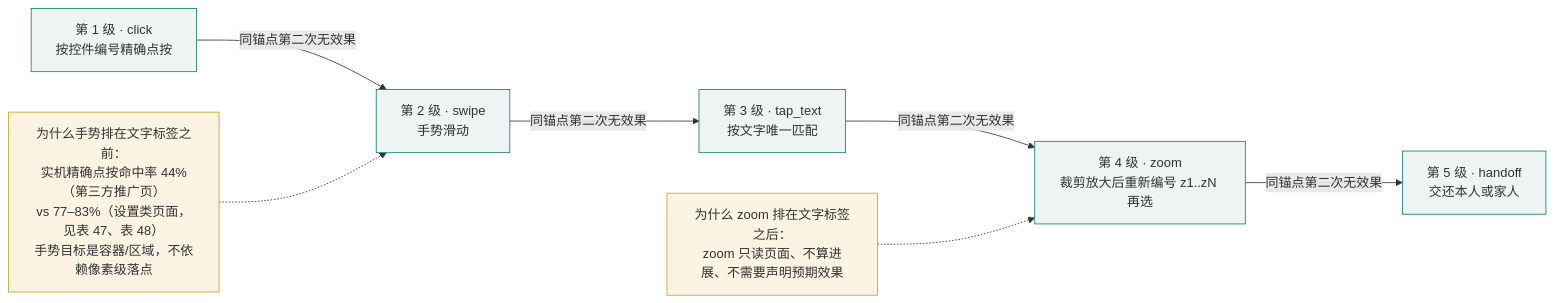
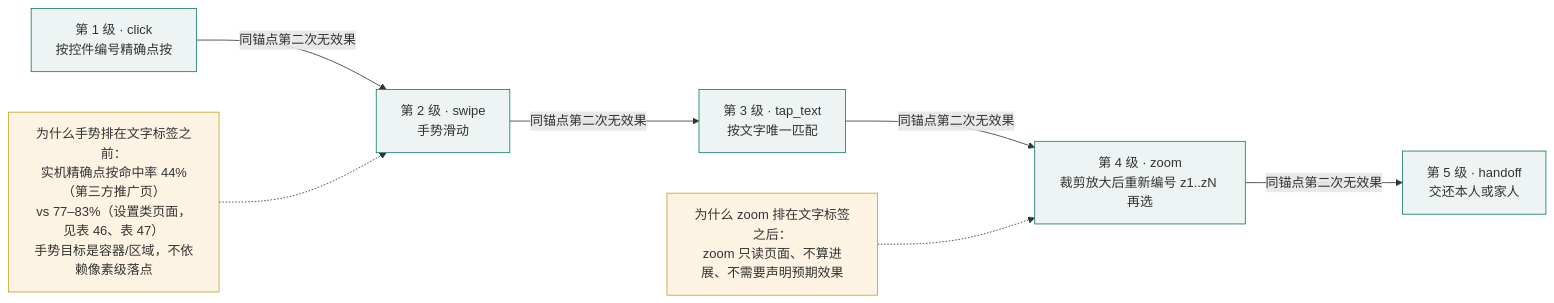
One commit to lhxll07/elder-harness changed the seventh of 13 diagrams in docs/aic-2026/作品方案-定稿.md. Above: the diagram before and after it, drawn with Mermaid. The commit also changed other lines of this file and 11 other files, not shown here.

````diff
--- a/docs/aic-2026/作品方案-定稿.md
+++ b/docs/aic-2026/作品方案-定稿.md
@@ -578,13 +578,13 @@
 ```mermaid
 flowchart LR
   R1["第 1 级 · click<br/>按控件编号精确点按"] -->|同锚点第二次无效果| R2["第 2 级 · swipe<br/>手势滑动"]
   R2 -->|同锚点第二次无效果| R3["第 3 级 · tap_text<br/>按文字唯一匹配"]
   R3 -->|同锚点第二次无效果| R4["第 4 级 · zoom<br/>裁剪放大后重新编号 z1..zN 再选"]
   R4 -->|同锚点第二次无效果| R5["第 5 级 · handoff<br/>交还本人或家人"]
-  E1["为什么手势排在文字标签之前：<br/>实机精确点按命中率 44%（第三方推广页）<br/>vs 77–83%（设置类页面，见表 47、表 48）<br/>手势目标是容器/区域，不依赖像素级落点"] -.-> R2
+  E1["为什么手势排在文字标签之前：<br/>实机精确点按命中率 44%（第三方推广页）<br/>vs 77–83%（设置类页面，见表 46、表 47）<br/>手势目标是容器/区域，不依赖像素级落点"] -.-> R2
   E2["为什么 zoom 排在文字标签之后：<br/>zoom 只读页面、不算进展、不需要声明预期效果"] -.-> R4
   classDef level fill:#eef4f3,stroke:#0f7b6c
   classDef note fill:#fdf3e3,stroke:#c9a227
   class R1,R2,R3,R4,R5 level
   class E1,E2 note
 ```
````
